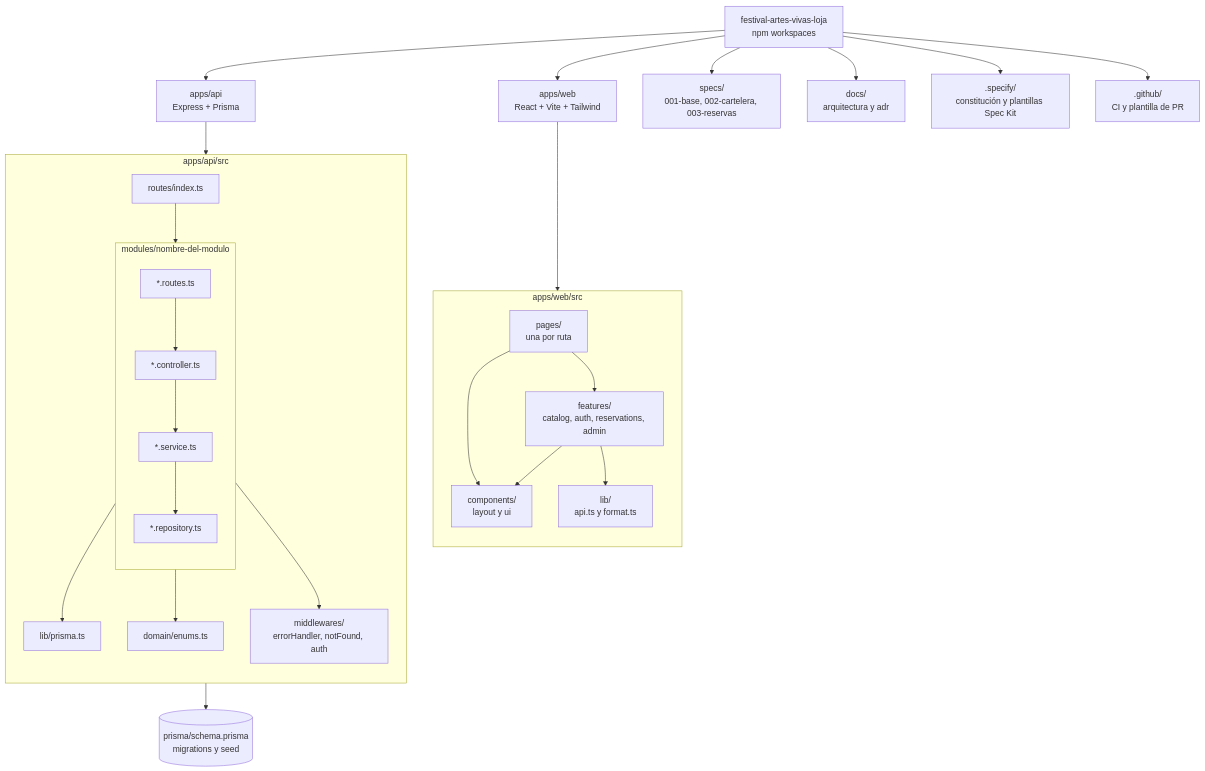
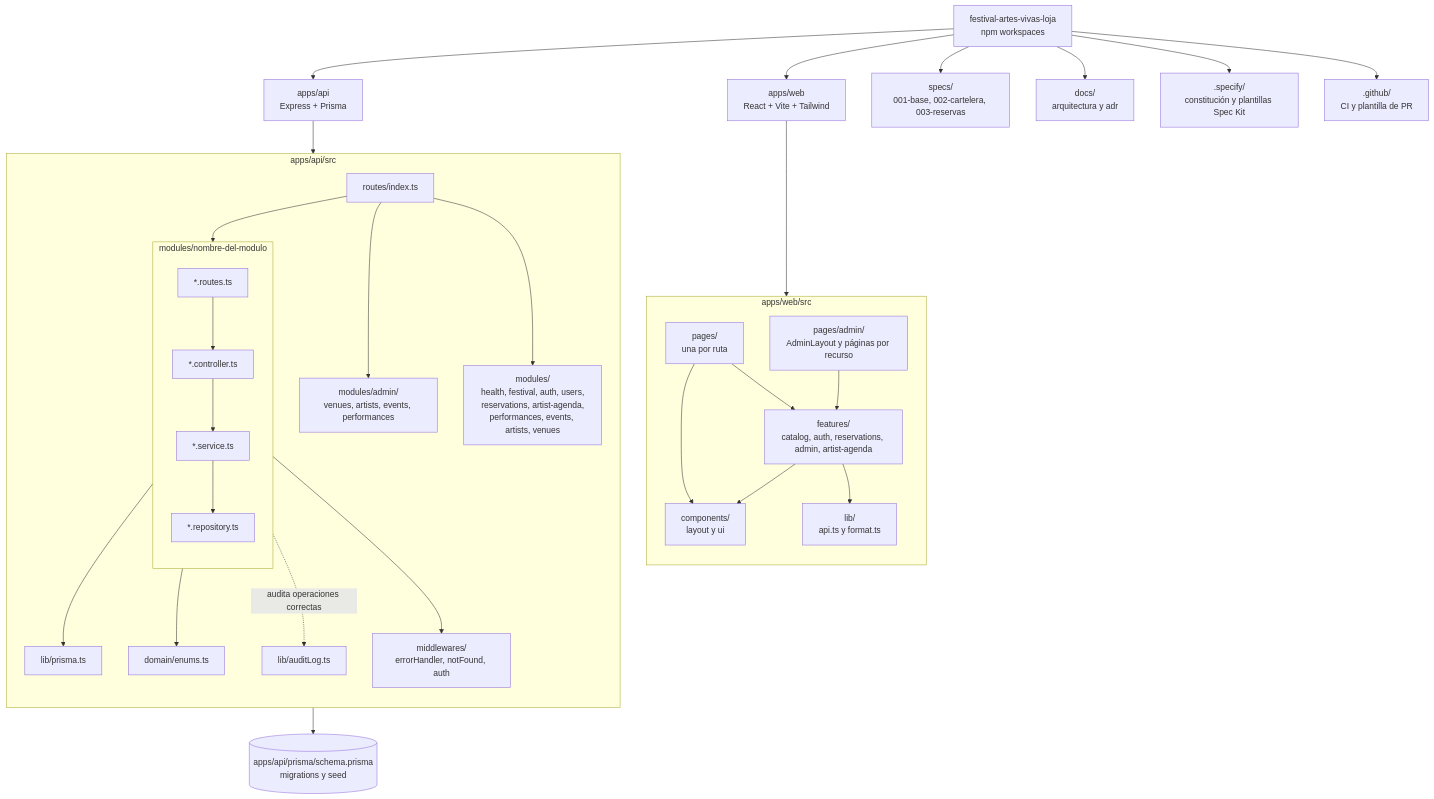
One commit to Camello15/festival-artes-vivas-loja changed the first of 2 diagrams in docs/arquitectura/03-vista-desarrollo.md. Above: the diagram before and after it, drawn with Mermaid. The commit also changed other lines of this file and 4 other files, not shown here.

Commit message:
docs(architecture): actualizar vistas para reservas y administración (T034)

````diff
--- a/docs/arquitectura/03-vista-desarrollo.md
+++ b/docs/arquitectura/03-vista-desarrollo.md
@@ -9,45 +9,53 @@
 ```mermaid
 flowchart TB
     root["festival-artes-vivas-loja<br/>npm workspaces"]
 
     root --> web["apps/web<br/>React + Vite + Tailwind"]
     root --> api["apps/api<br/>Express + Prisma"]
     root --> specs["specs/<br/>001-base, 002-cartelera, 003-reservas"]
     root --> docs["docs/<br/>arquitectura y adr"]
     root --> specify[".specify/<br/>constitución y plantillas Spec Kit"]
     root --> gh[".github/<br/>CI y plantilla de PR"]
 
     subgraph WEB["apps/web/src"]
         direction TB
         pages["pages/<br/>una por ruta"]
-        features["features/<br/>catalog, auth, reservations, admin"]
+        features["features/<br/>catalog, auth, reservations, admin, artist-agenda"]
         components["components/<br/>layout y ui"]
         lib["lib/<br/>api.ts y format.ts"]
+        adminPages["pages/admin/<br/>AdminLayout y páginas por recurso"]
         pages --> features
         pages --> components
+        adminPages --> features
         features --> lib
         features --> components
     end
 
     subgraph API["apps/api/src"]
         direction TB
         routes["routes/index.ts"]
         subgraph modules["modules/nombre-del-modulo"]
             direction TB
             rt["*.routes.ts"] --> ct["*.controller.ts"]
             ct --> sv["*.service.ts"]
             sv --> rp["*.repository.ts"]
         end
         mw["middlewares/<br/>errorHandler, notFound, auth"]
         dom["domain/enums.ts"]
         prismaLib["lib/prisma.ts"]
+        auditLib["lib/auditLog.ts"]
+        admin["modules/admin/<br/>venues, artists, events, performances"]
+        modulesOthers["modules/<br/>health, festival, auth, users,<br/>reservations, artist-agenda,<br/>performances, events, artists, venues"]
         routes --> rt
+        routes --> admin
+        routes --> modulesOthers
         rp --> prismaLib
         sv --> dom
+        sv -. "audita operaciones correctas" .-> auditLib
         ct --> mw
     end
 
     web --> WEB
     api --> API
-    prismaLib --> schema[("prisma/schema.prisma<br/>migrations y seed")]
+    prismaLib --> schema[("apps/api/prisma/schema.prisma<br/>migrations y seed")]
 ```
````
